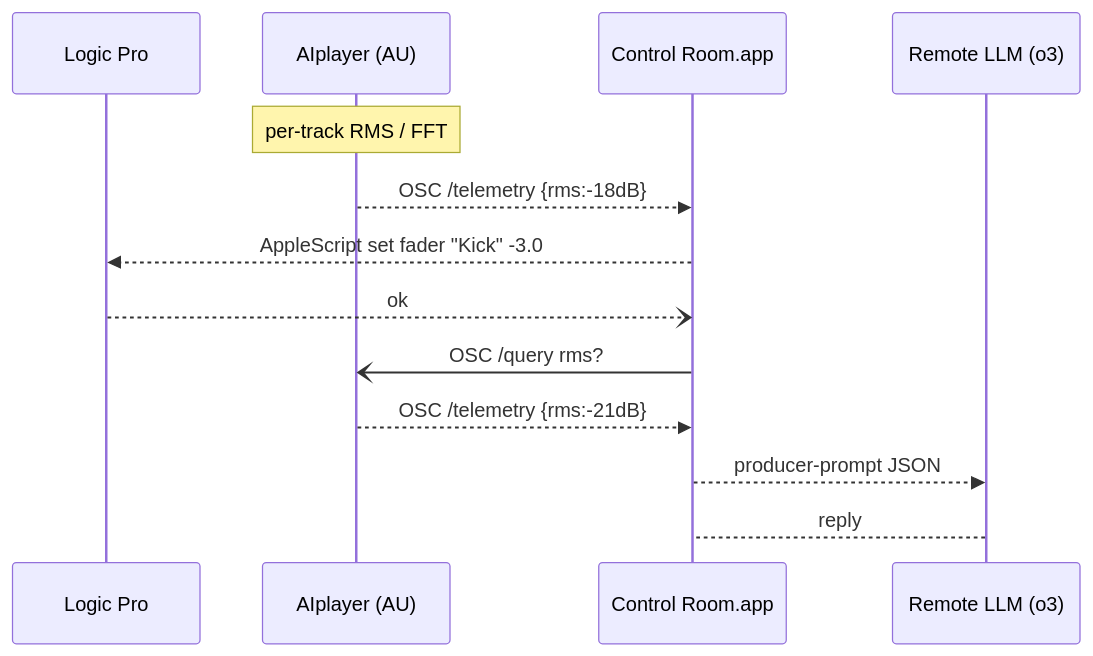
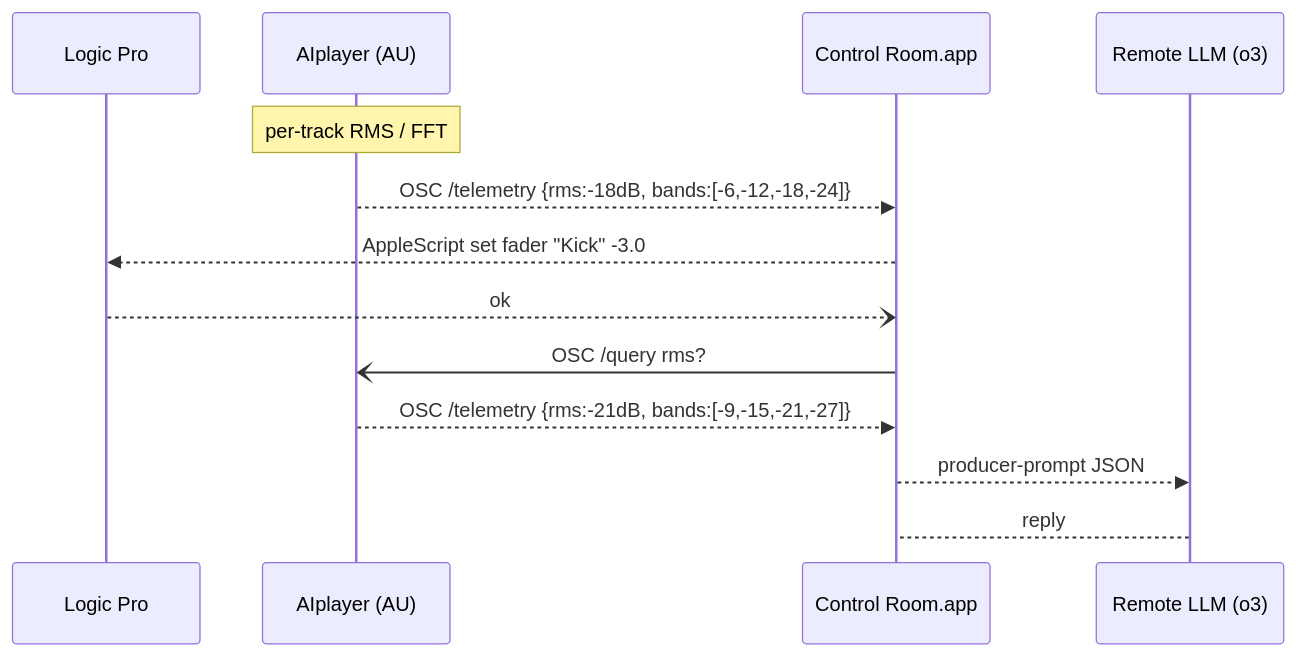
The diagram in README.md (nickfox/chatty-channels), drawn with Mermaid before and after one commit. The commit also changed other lines of this file and 6 other files, not shown here.

````diff
--- a/README.md
+++ b/README.md
@@ -41,16 +41,16 @@
 ```mermaid
 sequenceDiagram
     participant LP as Logic Pro
     participant AP as AIplayer (AU)
     participant CR as Control Room.app
     participant LLM as Remote LLM (o3)
 
     Note over AP: per‑track RMS / FFT
-    AP-->>CR: OSC /telemetry {rms:-18dB}
+    AP-->>CR: OSC /telemetry {rms:-18dB, bands:[-6,-12,-18,-24]}
     CR-->>LP: AppleScript set fader "Kick" -3.0
     LP--)CR: ok
     CR-)AP: OSC /query rms?
-    AP-->>CR: OSC /telemetry {rms:-21dB}
+    AP-->>CR: OSC /telemetry {rms:-21dB, bands:[-9,-15,-21,-27]}
     CR-->>LLM: producer‑prompt JSON
     LLM-->CR: reply
 ```
````
